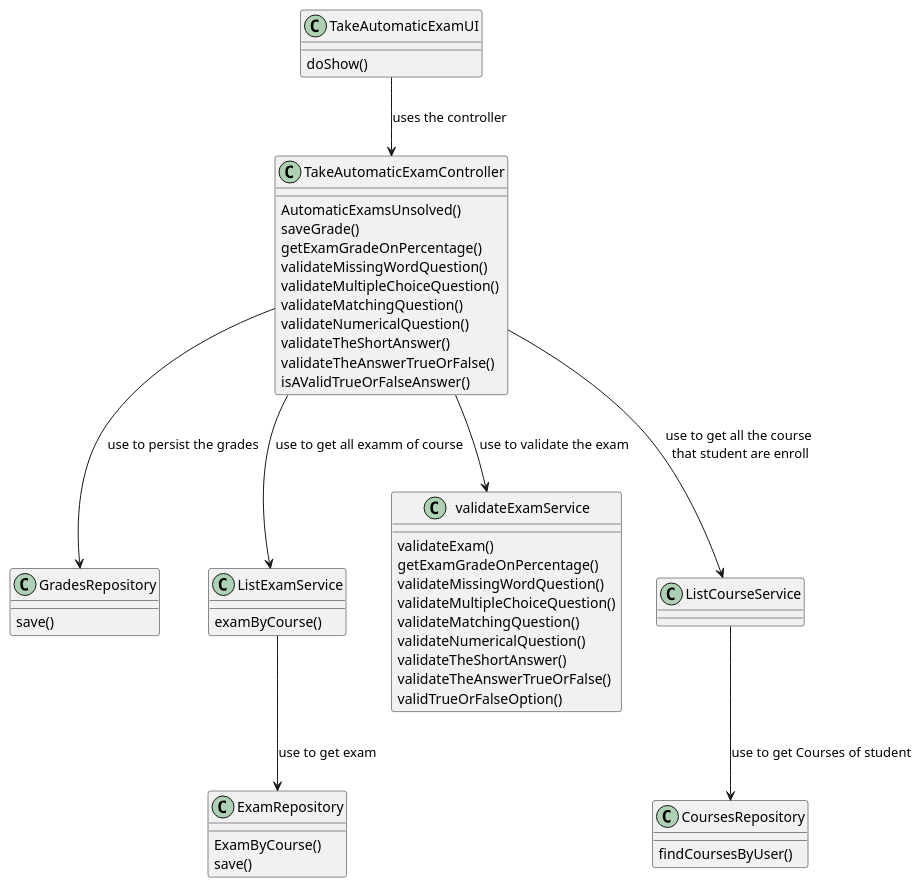
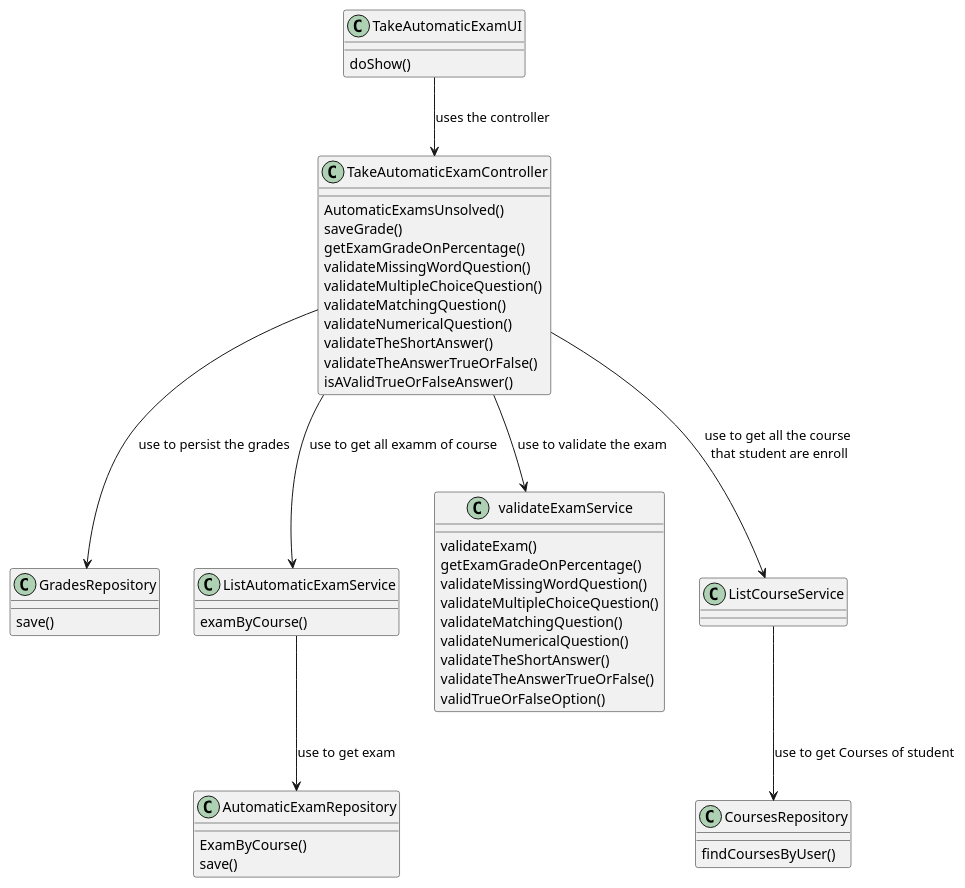
The diagram in docs/SPRINT C/US2009 - Take a Automatic Exam/cd-2009.puml (mascenso/isep-sem4-lapr4), drawn with PlantUML before and after one commit. The commit also changed 2 other files, not shown here.

Commit message:
[SPRINTC][US2009] The automatic exam is now a litle diferent, now have a repository only for this

```diff
--- a/docs/SPRINT C/US2009 - Take a Automatic Exam/cd-2009.puml
+++ b/docs/SPRINT C/US2009 - Take a Automatic Exam/cd-2009.puml
@@ -1,56 +1,56 @@
 @startuml
 
 
 class TakeAutomaticExamController {
     AutomaticExamsUnsolved()
     saveGrade()
     getExamGradeOnPercentage()
     validateMissingWordQuestion()
     validateMultipleChoiceQuestion()
     validateMatchingQuestion()
     validateNumericalQuestion()
     validateTheShortAnswer()
     validateTheAnswerTrueOrFalse()
     isAValidTrueOrFalseAnswer()
 }
 
-class ExamRepository {
+class AutomaticExamRepository {
     ExamByCourse()
     save()
 }
 
 class CoursesRepository{
     findCoursesByUser()
 }
 
 class GradesRepository{
     save()
 }
 
-class ListExamService {
+class ListAutomaticExamService {
     examByCourse()
 }
 
 
 class validateExamService{
     validateExam()
     getExamGradeOnPercentage()
     validateMissingWordQuestion()
     validateMultipleChoiceQuestion()
     validateMatchingQuestion()
     validateNumericalQuestion()
     validateTheShortAnswer()
     validateTheAnswerTrueOrFalse()
     validTrueOrFalseOption()
 }
 
 TakeAutomaticExamUI : doShow()
 TakeAutomaticExamUI -down-> TakeAutomaticExamController: uses the controller
 
-ListExamService --> ExamRepository: use to get exam
+ListAutomaticExamService --> AutomaticExamRepository: use to get exam
 ListCourseService --> CoursesRepository: use to get Courses of student
 TakeAutomaticExamController --> validateExamService: use to validate the exam
 TakeAutomaticExamController --> ListCourseService: use to get all the course\n that student are enroll
-TakeAutomaticExamController --> ListExamService: use to get all examm of course
+TakeAutomaticExamController --> ListAutomaticExamService: use to get all examm of course
 TakeAutomaticExamController --> GradesRepository: use to persist the grades
 @enduml
```
